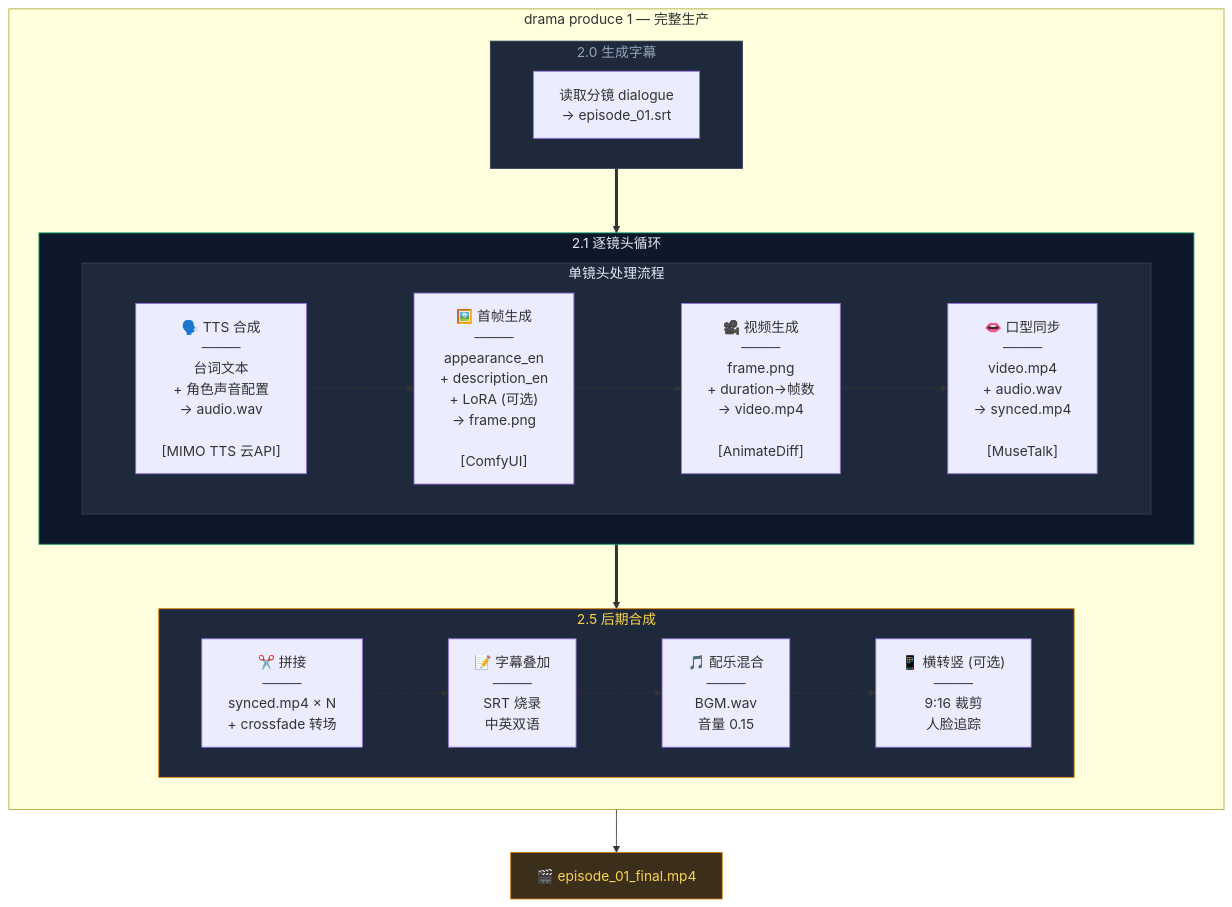
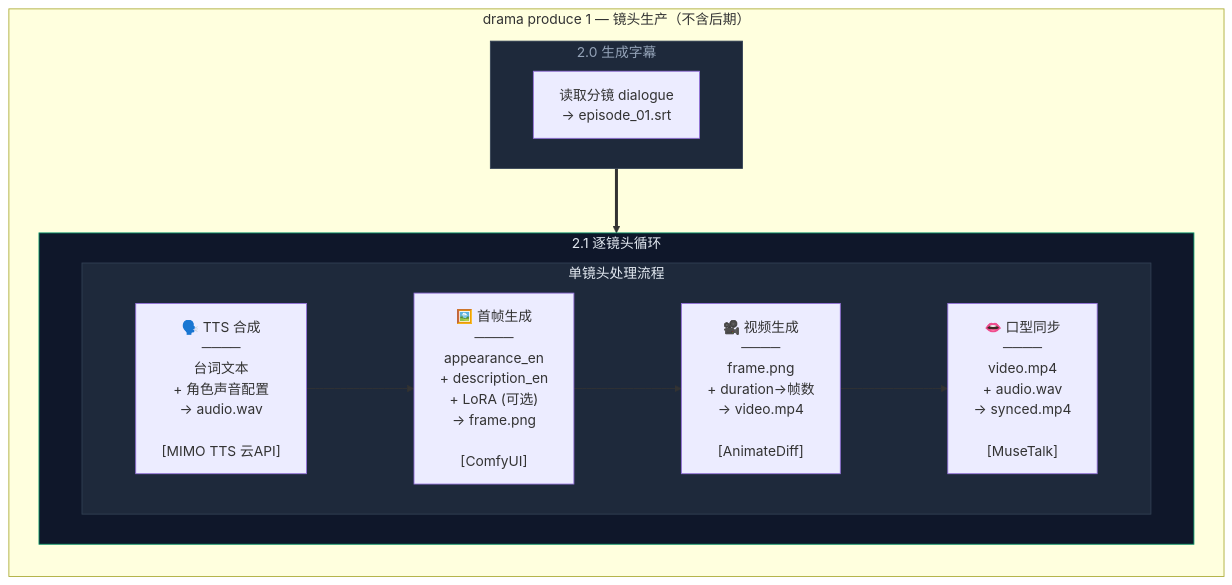
One commit to brother2050/ai-drama-pipeline changed the fifth of 12 diagrams in docs/pipeline.md. Above: the diagram before and after it, drawn with Mermaid. The commit also changed other lines of this file, not shown here.

Commit message:
docs: update pipeline.md — reflect new stage separation (prepare/produce/post)

````diff
--- a/docs/pipeline.md
+++ b/docs/pipeline.md
@@ -152,42 +154,28 @@
 ```mermaid
 flowchart TB
-    subgraph produce["drama produce 1 — 完整生产"]
+    subgraph produce["drama produce 1 — 镜头生产（不含后期）"]
         direction TB
 
         subgraph step0["2.0 生成字幕"]
             srt["读取分镜 dialogue<br/>→ episode_01.srt"]
         end
 
         subgraph loop["2.1 逐镜头循环"]
             direction LR
             subgraph shot["单镜头处理流程"]
                 direction LR
                 s1["🗣️ TTS 合成<br/>────<br/>台词文本<br/>+ 角色声音配置<br/>→ audio.wav<br/><br/>[MIMO TTS 云API]"]
                 s2["🖼️ 首帧生成<br/>────<br/>appearance_en<br/>+ description_en<br/>+ LoRA (可选)<br/>→ frame.png<br/><br/>[ComfyUI]"]
                 s3["🎥 视频生成<br/>────<br/>frame.png<br/>+ duration→帧数<br/>→ video.mp4<br/><br/>[AnimateDiff]"]
                 s4["👄 口型同步<br/>────<br/>video.mp4<br/>+ audio.wav<br/>→ synced.mp4<br/><br/>[MuseTalk]"]
                 s1 --> s2 --> s3 --> s4
             end
         end
 
-        subgraph step5["2.5 后期合成"]
-            direction LR
-            p1["✂️ 拼接<br/>────<br/>synced.mp4 × N<br/>+ crossfade 转场"]
-            p2["📝 字幕叠加<br/>────<br/>SRT 烧录<br/>中英双语"]
-            p3["🎵 配乐混合<br/>────<br/>BGM.wav<br/>音量 0.15"]
-            p4["📱 横转竖 (可选)<br/>────<br/>9:16 裁剪<br/>人脸追踪"]
-            p1 --> p2 --> p3 --> p4
-        end
-
-        step0 ==> loop ==> step5
+        step0 ==> loop
     end
-
-    final["🎬 episode_01_final.mp4"]
-    step5 --> final
 
     style step0 fill:#1e293b,stroke:#334155,color:#94a3b8
     style loop fill:#0f172a,stroke:#059669,color:#e2e8f0
     style shot fill:#1e293b,stroke:#334155,color:#e2e8f0
-    style step5 fill:#1e293b,stroke:#d97706,color:#fcd34d
-    style final fill:#3b2e1b,stroke:#d97706,color:#fcd34d
 ```
````
